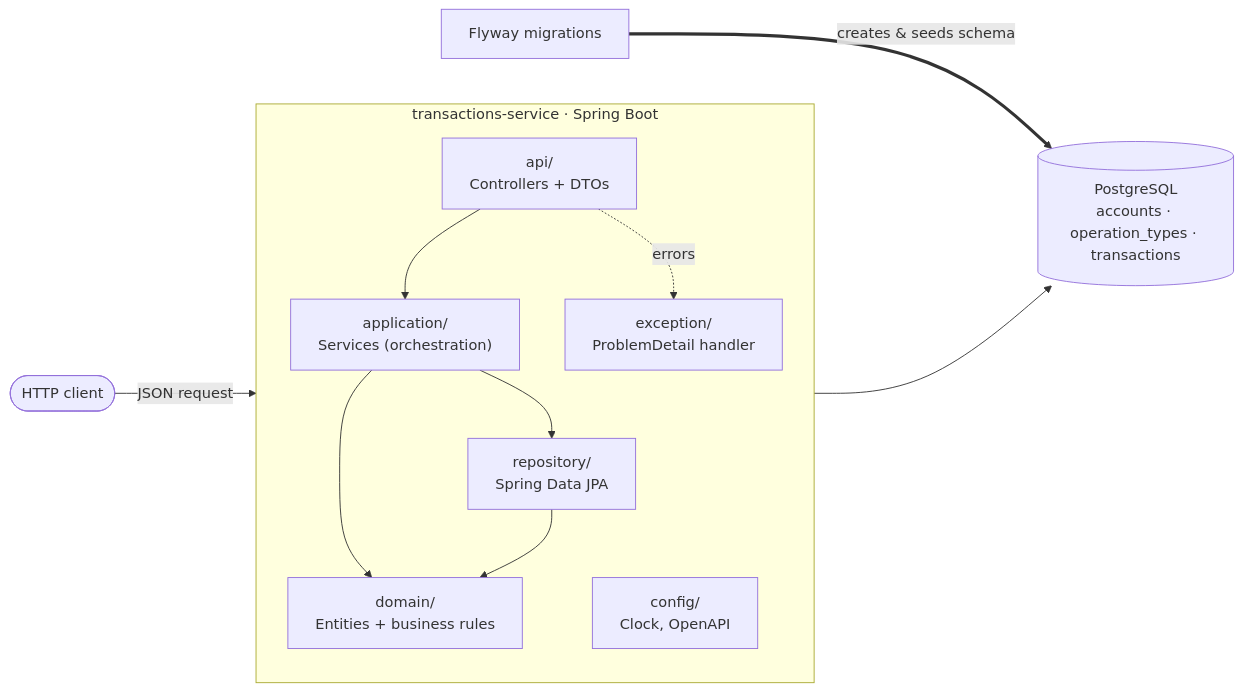
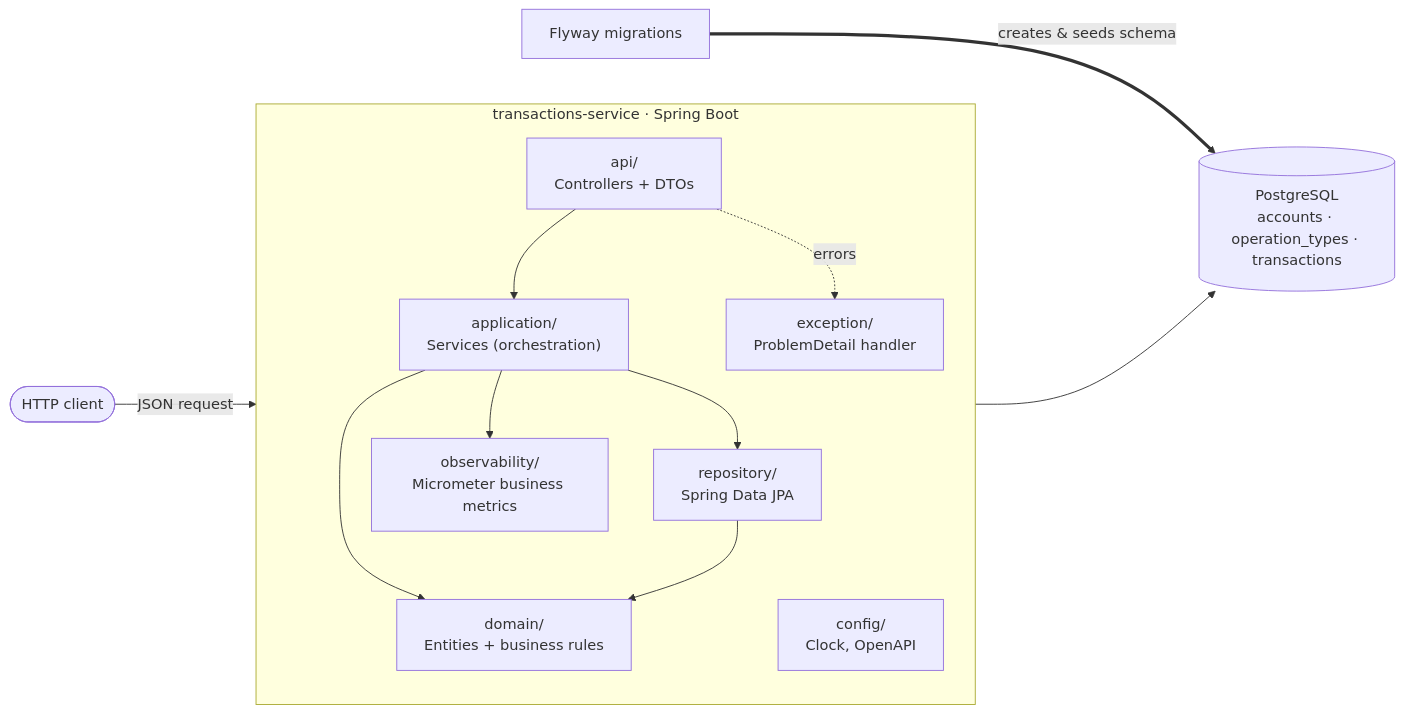
Before and after one commit to DanMke/transactions-service: the first of 3 diagrams in README.md, drawn with Mermaid. The commit also changed other lines of this file and 13 other files, not shown here.

````diff
--- a/README.md
+++ b/README.md
@@ -47,26 +64,28 @@
 ```mermaid
 flowchart LR
     client([HTTP client])
 
     subgraph app["transactions-service · Spring Boot"]
         direction TB
         api["api/<br/>Controllers + DTOs"]
         application["application/<br/>Services (orchestration)"]
         domain["domain/<br/>Entities + business rules"]
         repository["repository/<br/>Spring Data JPA"]
         exception["exception/<br/>ProblemDetail handler"]
+        observability["observability/<br/>Micrometer business metrics"]
         config["config/<br/>Clock, OpenAPI"]
     end
 
     db[("PostgreSQL<br/>accounts · operation_types · transactions")]
     flyway["Flyway migrations"]
 
     client -->|JSON request| api
     api --> application
     application --> domain
     application --> repository
+    application --> observability
     repository --> domain
     repository --> db
     api -. errors .-> exception
     flyway ==>|creates & seeds schema| db
 ```
````
